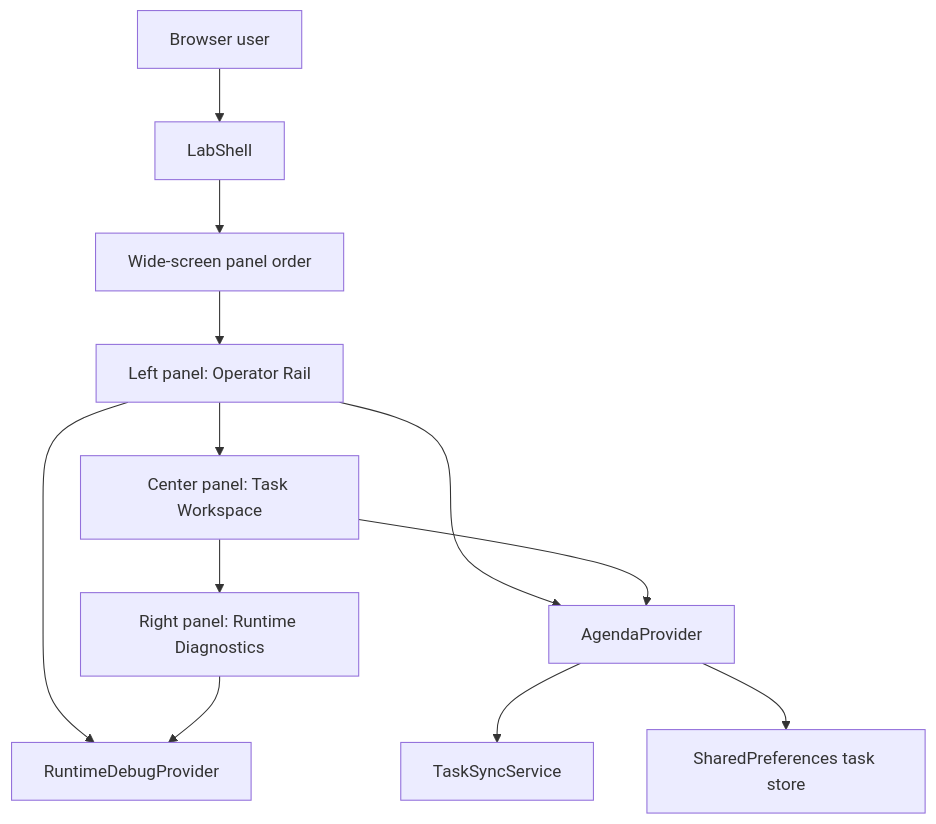
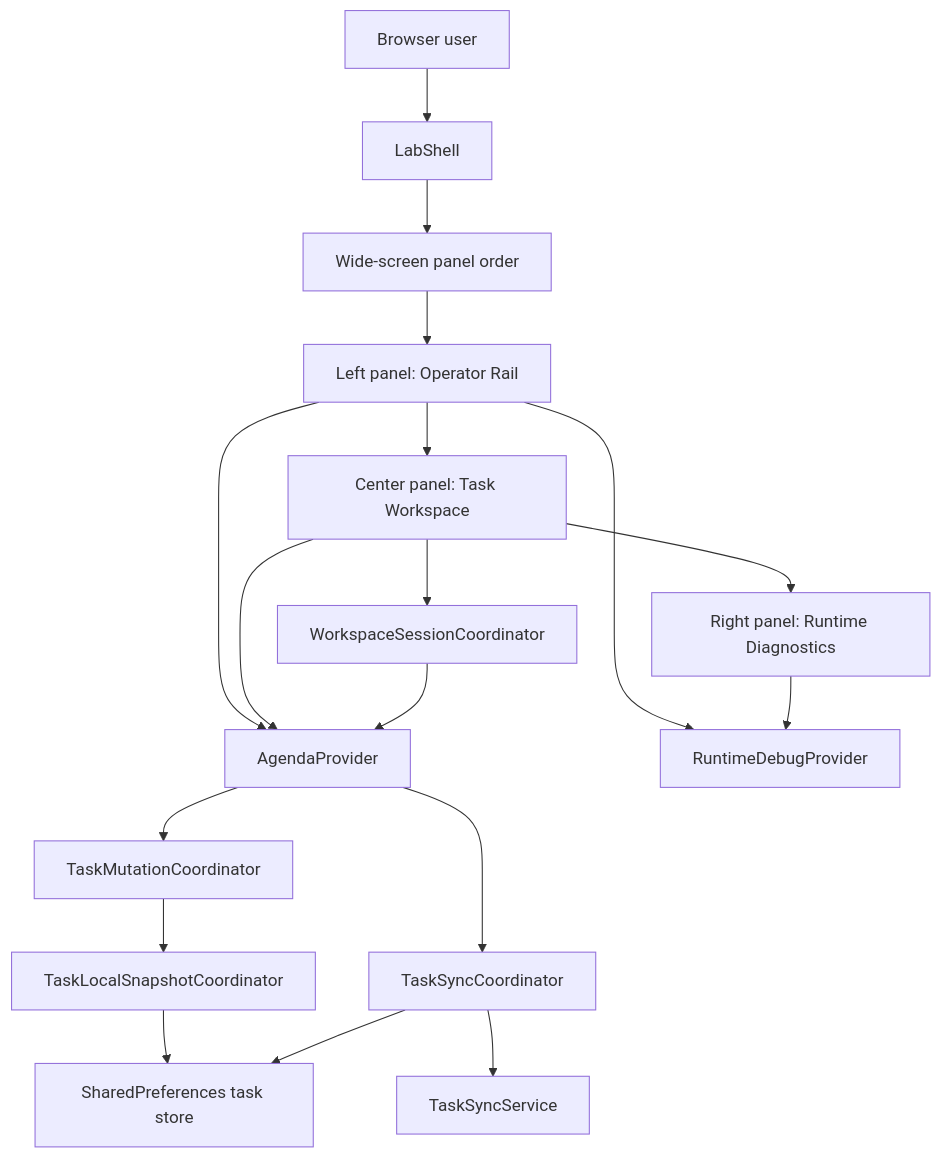
Before and after one commit to eliasfeijo/saas-reliability-lab: the second of 3 diagrams in docs/README.md, drawn with Mermaid. The commit also changed other lines of this file and 23 other files, not shown here.

````diff
--- a/docs/README.md
+++ b/docs/README.md
@@ -93,25 +93,35 @@
 ```mermaid
 flowchart TD
     User["Browser user"]
     Shell["LabShell"]
     Order["Wide-screen panel order"]
     Left["Left panel: Operator Rail"]
     Workspace["Center panel: Task Workspace"]
     Diagnostics["Right panel: Runtime Diagnostics"]
+    SessionCoord["WorkspaceSessionCoordinator"]
     Agenda["AgendaProvider"]
+    Mutation["TaskMutationCoordinator"]
+    Snapshot["TaskLocalSnapshotCoordinator"]
+    SyncCoord["TaskSyncCoordinator"]
     Runtime["RuntimeDebugProvider"]
     Sync["TaskSyncService"]
     Local["SharedPreferences task store"]
 
     User --> Shell
     Shell --> Order
     Order --> Left
     Left --> Workspace
     Workspace --> Diagnostics
+    Workspace --> SessionCoord
     Left --> Agenda
     Workspace --> Agenda
     Left --> Runtime
     Diagnostics --> Runtime
-    Agenda --> Sync
-    Agenda --> Local
+    SessionCoord --> Agenda
+    Agenda --> Mutation
+    Mutation --> Snapshot
+    Agenda --> SyncCoord
+    Snapshot --> Local
+    SyncCoord --> Sync
+    SyncCoord --> Local
 ```
````
